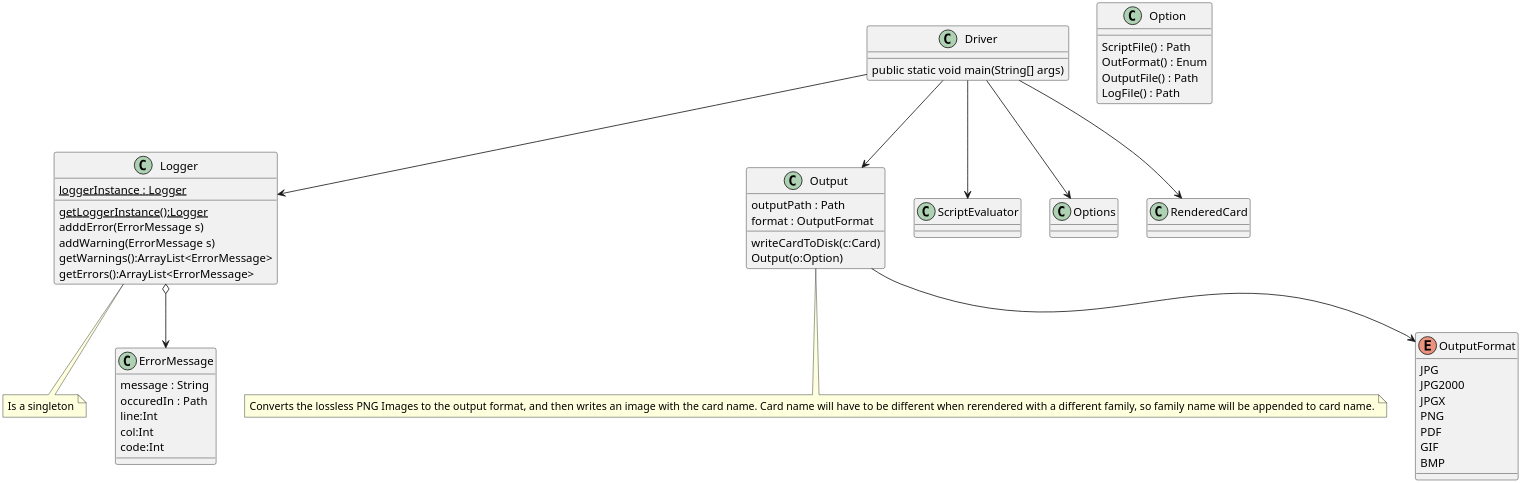
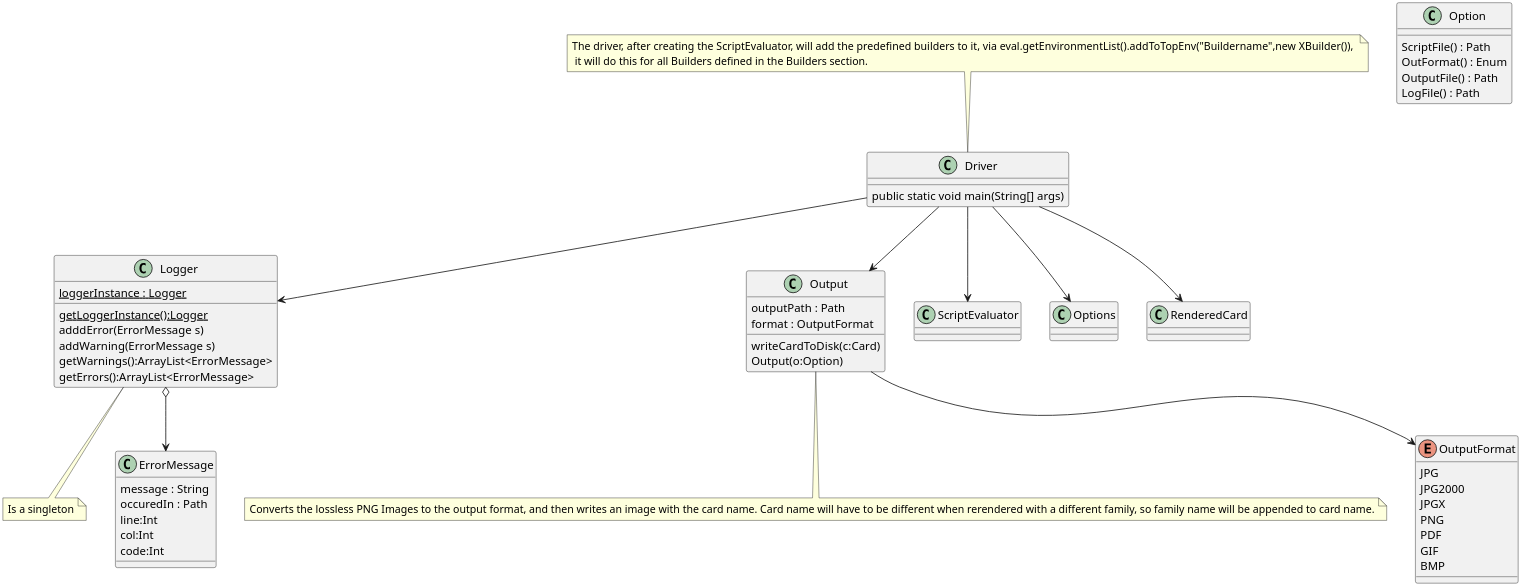
One commit to MatthewBregg/DesignPatternsRepo changed the diagram in Structure_UML/Driver.org. Above: the diagram before and after it, drawn with PlantUML. The commit also changed 1 other file, not shown here.

Commit message:
Added how the builders are added to the environment

```diff
--- a/Structure_UML/Driver.org
+++ b/Structure_UML/Driver.org
@@ -91,62 +91,64 @@
 #+BEGIN_SRC plantuml :file DriverUML.png
 skinparam dpi 300
 
 class Logger
 Logger : {static} loggerInstance : Logger
 Logger : {static} getLoggerInstance():Logger
 Logger : adddError(ErrorMessage s)
 Logger : addWarning(ErrorMessage s)
 Logger : getWarnings():ArrayList<ErrorMessage>
 Logger : getErrors():ArrayList<ErrorMessage>
 
 note bottom : Is a singleton
 
 
 class ErrorMessage
 ErrorMessage : message : String
 ErrorMessage : occuredIn : Path
 ErrorMessage : line:Int
 ErrorMessage : col:Int
 ErrorMessage : code:Int
 
 Logger o--> ErrorMessage 
 
 class Option
 Option : ScriptFile() : Path
 Option : OutFormat() : Enum
 Option : OutputFile() : Path
 Option : LogFile() : Path
 
 class Output
 Output : outputPath : Path
 Output : format : OutputFormat
 Output : writeCardToDisk(c:Card)
 Output : Output(o:Option)
 note bottom : Converts the lossless PNG Images to the output format, and then writes an image with the card name. Card name will have to be different when rerendered with a different family, so family name will be appended to card name.
 
 
 enum OutputFormat {
   JPG
   JPG2000
   JPGX
   PNG
   PDF
   GIF
   BMP
 }
 
 class Driver
 Driver : public static void main(String[] args)
 
+note top : The driver, after creating the ScriptEvaluator, will add the predefined builders to it, via eval.getEnvironmentList().addToTopEnv("Buildername",new XBuilder()), \n it will do this for all Builders defined in the Builders section.
+
 Output --> OutputFormat
 
 Driver --> Output
 Driver --> ScriptEvaluator
 Driver --> Options
 Driver --> Logger
 Driver --> RenderedCard
   
 
 
 
 #+END_SRC
```
